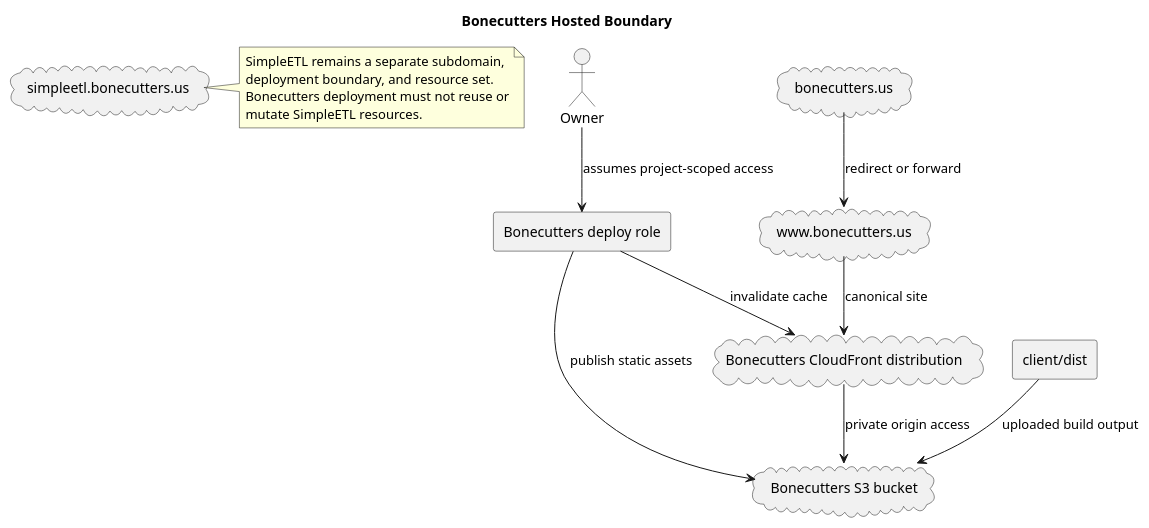
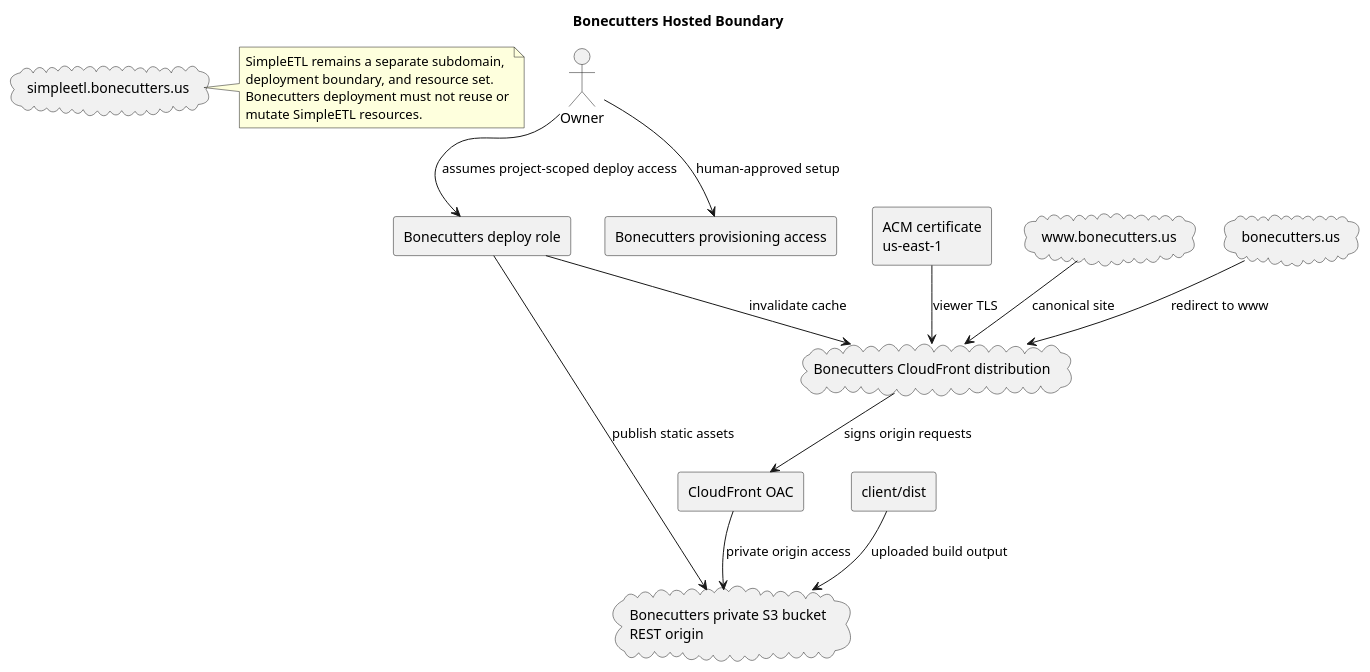
One commit to bonecutter-hierophant/Bonecutters changed the diagram in docs/architecture/hosted-boundary.puml. Above: the diagram before and after it, drawn with PlantUML. The commit also changed 15 other files, not shown here.

```diff
--- a/docs/architecture/hosted-boundary.puml
+++ b/docs/architecture/hosted-boundary.puml
@@ -1,29 +1,35 @@
 @startuml
 title Bonecutters Hosted Boundary
 skinparam componentStyle rectangle
 
 actor "Owner" as Owner
 component "Bonecutters deploy role" as DeployRole
+component "Bonecutters provisioning access" as Provisioning
 component "client/dist" as Dist
-cloud "Bonecutters S3 bucket" as S3
+cloud "Bonecutters private S3 bucket\nREST origin" as S3
+component "CloudFront OAC" as OAC
 cloud "Bonecutters CloudFront distribution" as CloudFront
+component "ACM certificate\nus-east-1" as Certificate
 cloud "www.bonecutters.us" as Www
 cloud "bonecutters.us" as Root
 cloud "simpleetl.bonecutters.us" as SimpleEtl
 
-Owner --> DeployRole : assumes project-scoped access
+Owner --> Provisioning : human-approved setup
+Owner --> DeployRole : assumes project-scoped deploy access
 DeployRole --> S3 : publish static assets
 DeployRole --> CloudFront : invalidate cache
 Dist --> S3 : uploaded build output
-CloudFront --> S3 : private origin access
+CloudFront --> OAC : signs origin requests
+OAC --> S3 : private origin access
+Certificate --> CloudFront : viewer TLS
 Www --> CloudFront : canonical site
-Root --> Www : redirect or forward
+Root --> CloudFront : redirect to www
 
 note right of SimpleEtl
 SimpleETL remains a separate subdomain,
 deployment boundary, and resource set.
 Bonecutters deployment must not reuse or
 mutate SimpleETL resources.
 end note
 
 @enduml
```
